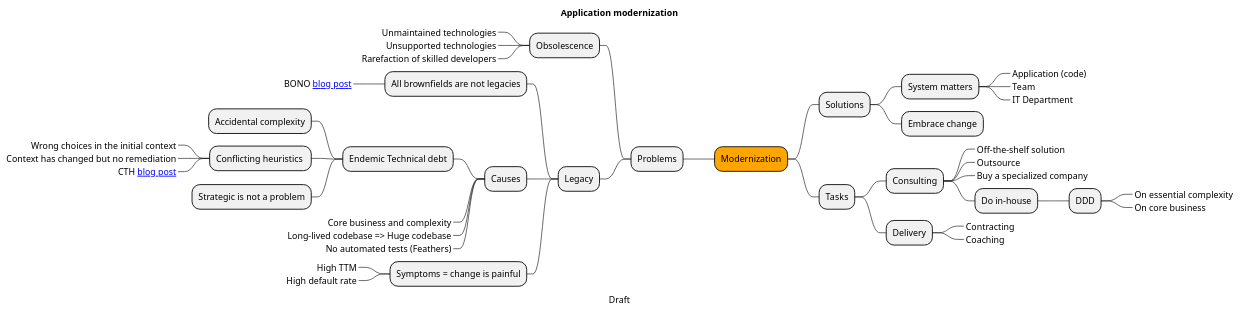
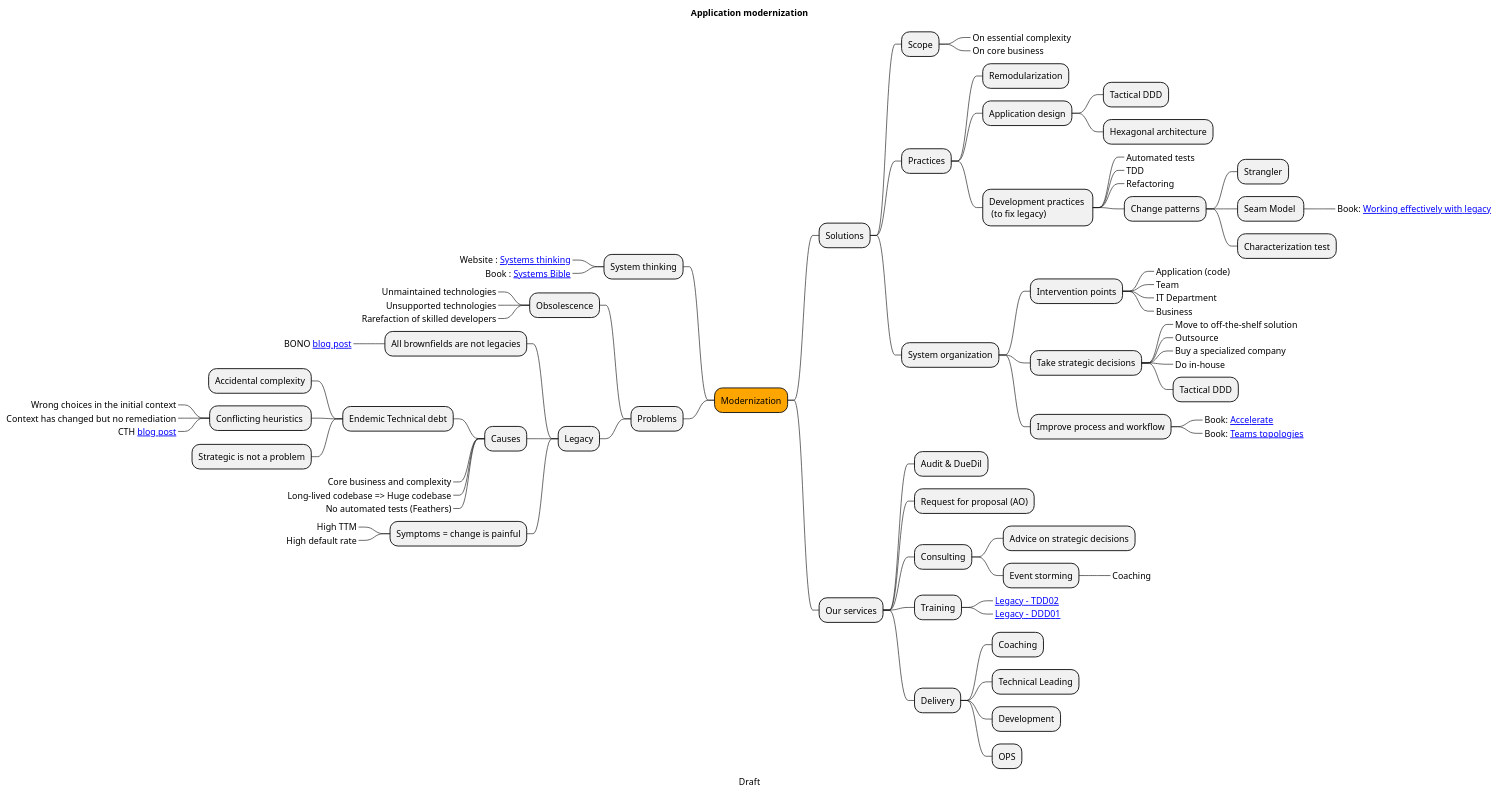
The diagram in mindmap.puml (octo-topi/application-modernization), drawn with PlantUML before and after one commit.

Commit message:
Add solution

```diff
--- a/mindmap.puml
+++ b/mindmap.puml
@@ -1,47 +1,80 @@
 @startmindmap
 
 caption Draft
 title Application modernization
 
 +[#Orange] Modernization
+-- System thinking
+---_ Website : [[https://web.archive.org/web/20230923142459/https://www.systems-thinking.org/theWay/theWay.htm Systems thinking]]
+---_ Book : [[https://verraes.net/2013/08/john-gall-systemantics-the-systems-bible/ Systems Bible]]
 -- Problems
 --- Obsolescence
 ----_ Unmaintained technologies
 ----_ Unsupported technologies
 ----_ Rarefaction of skilled developers
 --- Legacy
 ---- All brownfields are not legacies
 -----_ BONO [[https://blog.octo.com/le-brownfield-n'est-pas-du-code-legacy blog post]]
 ---- Causes
 ----- Endemic Technical debt
 ------ Accidental complexity
 ------ Conflicting heuristics 
 -------_ Wrong choices in the initial context
 -------_ Context has changed but no remediation
 -------_ CTH [[https://blog.octo.com/en-finir-avec-la-dette-technique blog post]]
 ------ Strategic is not a problem
 -----_ Core business and complexity
 -----_ Long-lived codebase => Huge codebase
 -----_ No automated tests (Feathers)
 ---- Symptoms = change is painful
 -----_ High TTM
 -----_ High default rate
 ++ Solutions
-+++ System matters
-++++_ Application (code)
-++++_ Team
-++++_ IT Department
-+++ Embrace change
-++ Tasks
++++ Scope
+++++_ On essential complexity
+++++_ On core business
++++ Practices
+++++ Remodularization
+++++ Application design
++++++ Tactical DDD
++++++ Hexagonal architecture
+++++ Development practices \n (to fix legacy)
++++++_ Automated tests
++++++_ TDD
++++++_ Refactoring
++++++ Change patterns
+++++++ Strangler
+++++++ Seam Model 
++++++++_ Book: [[https://understandlegacycode.com/blog/key-points-of-working-effectively-with-legacy-code/ Working effectively with legacy]] 
+++++++ Characterization test
++++ System organization
+++++ Intervention points
++++++_ Application (code)
++++++_ Team
++++++_ IT Department
++++++_ Business
+++++ Take strategic decisions
++++++_ Move to off-the-shelf solution
++++++_ Outsource
++++++_ Buy a specialized company
++++++_ Do in-house
++++++ Tactical DDD
+++++ Improve process and workflow
++++++_ Book: [[ https://itrevolution.com/product/accelerate/ Accelerate ]]
++++++_ Book: [[ https://teamtopologies.com/ Teams topologies]]
+++ Our services
++++ Audit & DueDil
++++ Request for proposal (AO)
 +++ Consulting
-++++_ Off-the-shelf solution
-++++_ Outsource
-++++_ Buy a specialized company
-++++ Do in-house
-+++++ DDD
-++++++_ On essential complexity
-++++++_ On core business
+++++ Advice on strategic decisions
+++++ Event storming
++++++_ Coaching
++++ Training
+++++_ [[ https://www.octo.academy/catalogue/formation/tdd02-test-driven-development-sur-du-code-legacy/ Legacy - TDD02]]
+++++_ [[ https://www.octo.academy/catalogue/formation/tdd02-test-driven-development-sur-du-code-legacy/ Legacy - DDD01]]
 +++ Delivery
-++++_ Contracting
-++++_ Coaching
+++++ Coaching
+++++ Technical Leading
+++++ Development
+++++ OPS
 @endmindmap
```
